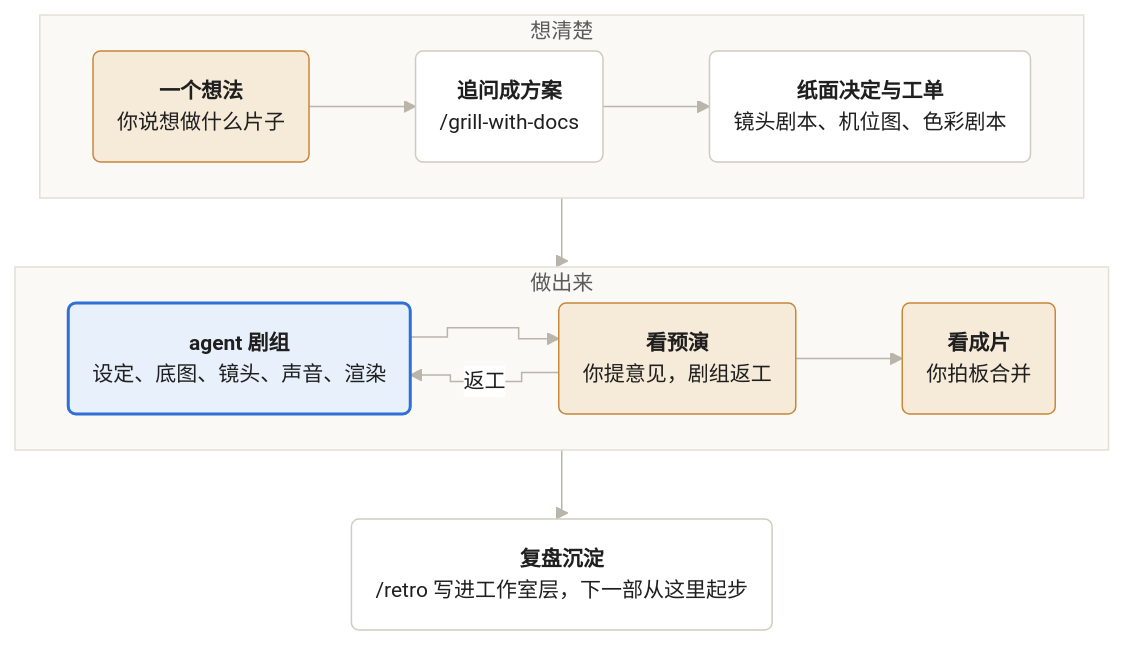
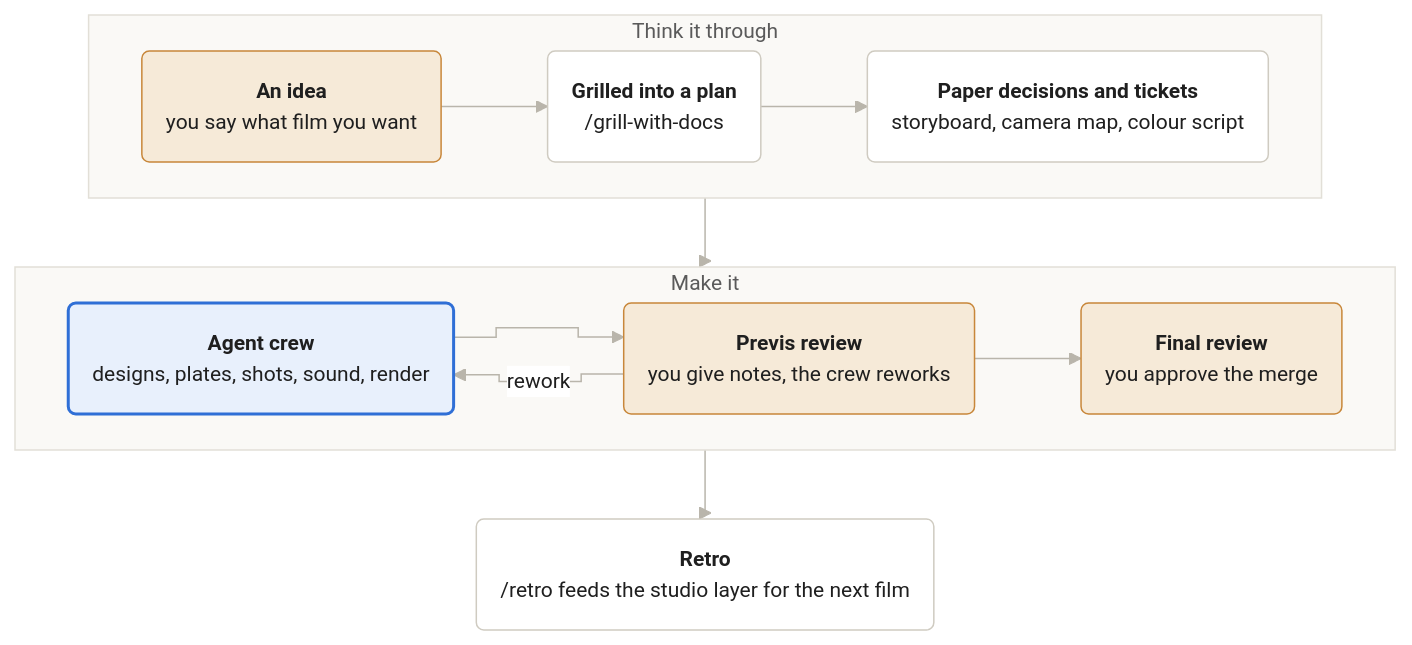
Before and after one commit to JinhaoFang/video-studio: the diagram in README.md, drawn with Mermaid. The commit also changed other lines of this file and 5 other files, not shown here.

````diff
--- a/README.md
+++ b/README.md
@@ -49,30 +51,30 @@
 ```mermaid
 %%{init: {"theme": "base", "fontFamily": "Inter, -apple-system, Segoe UI, PingFang SC, Noto Sans CJK SC, Microsoft YaHei, DejaVu Sans, sans-serif", "flowchart": {"curve": "step", "nodeSpacing": 28, "rankSpacing": 46, "padding": 16, "wrappingWidth": 320}, "themeVariables": {"fontFamily": "Inter, -apple-system, Segoe UI, PingFang SC, Noto Sans CJK SC, Microsoft YaHei, DejaVu Sans, sans-serif", "fontSize": "14px", "primaryColor": "#ffffff", "primaryTextColor": "#1f1f1f", "primaryBorderColor": "#cfcbc1", "lineColor": "#b9b5ab", "clusterBkg": "#faf9f6", "clusterBorder": "#e2dfd7", "edgeLabelBackground": "#ffffff", "titleColor": "#5a5a5a"}}}%%
 flowchart TB
   classDef core fill:#e8f0fc,stroke:#2f6fd6,stroke-width:2px,color:#1f1f1f
   classDef you fill:#f6ead8,stroke:#c8873a,color:#1f1f1f
-  subgraph plan["想清楚"]
+  subgraph plan["Think it through"]
     direction LR
-    idea("`**一个想法**
-    你说想做什么片子`"):::you
-    grill("`**追问成方案**
+    idea("`**An idea**
+    you say what film you want`"):::you
+    grill("`**Grilled into a plan**
     /grill-with-docs`")
-    paper("`**纸面决定与工单**
-    镜头剧本、机位图、色彩剧本`")
+    paper("`**Paper decisions and tickets**
+    storyboard, camera map, colour script`")
     idea --> grill --> paper
   end
-  subgraph make["做出来"]
+  subgraph make["Make it"]
     direction LR
-    crew("`**agent 剧组**
-    设定、底图、镜头、声音、渲染`"):::core
-    previs("`**看预演**
-    你提意见，剧组返工`"):::you
-    final("`**看成片**
-    你拍板合并`"):::you
+    crew("`**Agent crew**
+    designs, plates, shots, sound, render`"):::core
+    previs("`**Previs review**
+    you give notes, the crew reworks`"):::you
+    final("`**Final review**
+    you approve the merge`"):::you
     crew --> previs --> final
-    previs -- 返工 --> crew
+    previs -- rework --> crew
   end
-  retro("`**复盘沉淀**
-  /retro 写进工作室层，下一部从这里起步`")
+  retro("`**Retro**
+  /retro feeds the studio layer for the next film`")
   plan --> make --> retro
 ```
````
